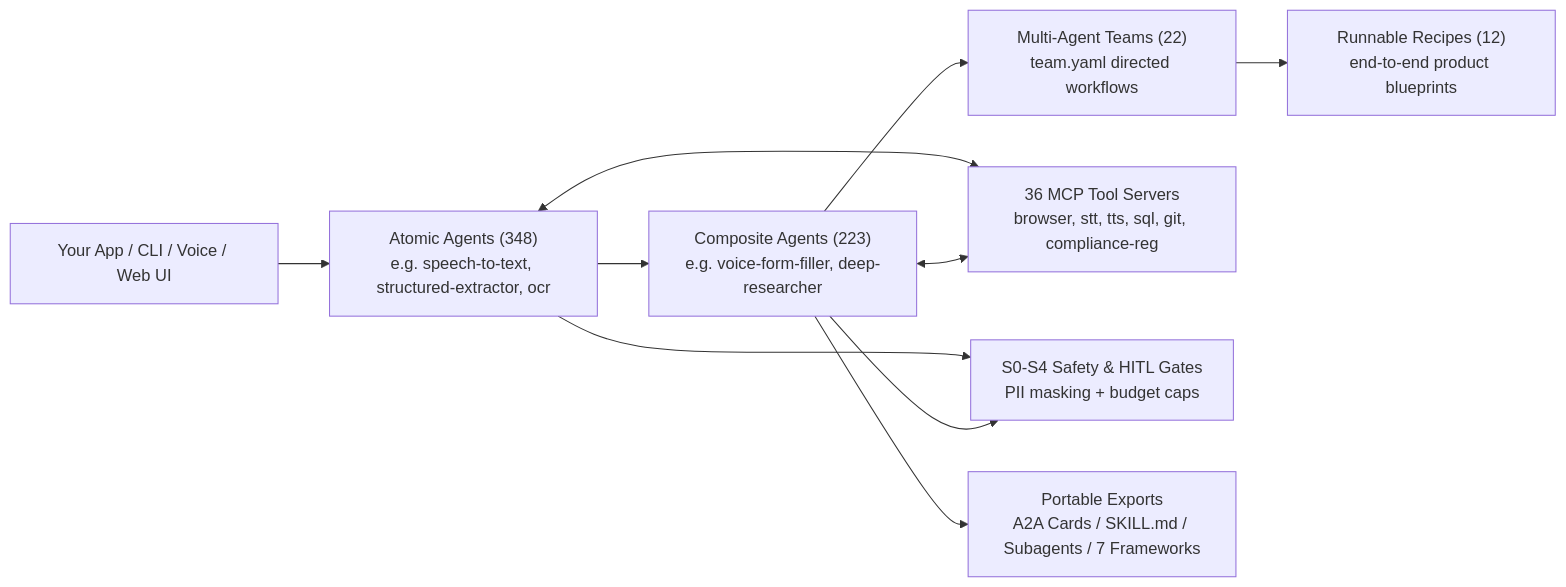
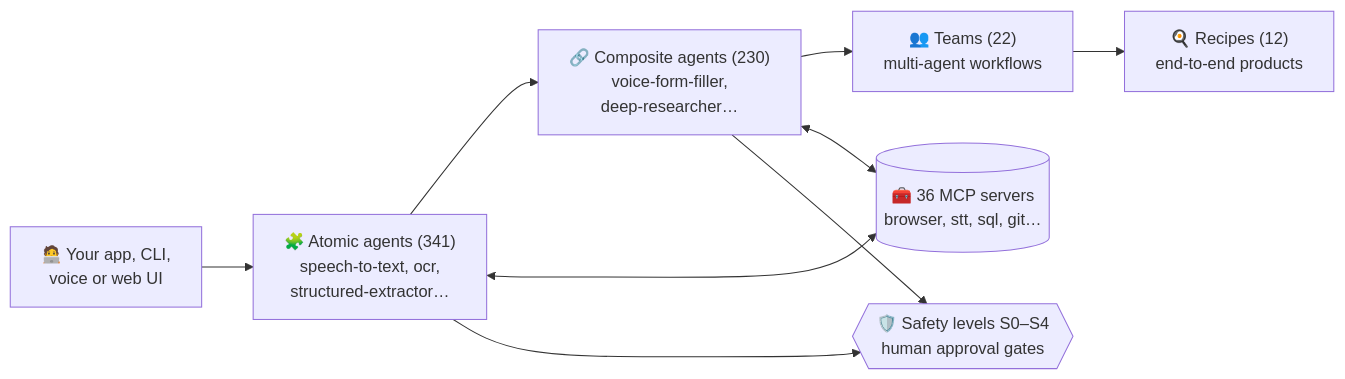
The diagram in README.md (rupeshbharambe24/agents-for-everything), drawn with Mermaid before and after one commit. The commit also changed other lines of this file and 6 other files, not shown here.

````diff
--- a/README.md
+++ b/README.md
@@ -25,10 +51,9 @@
 ```mermaid
 flowchart LR
-    U["Your App / CLI / Voice / Web UI"] --> A["Atomic Agents (348)<br/>e.g. speech-to-text, structured-extractor, ocr"]
-    A --> C["Composite Agents (223)<br/>e.g. voice-form-filler, deep-researcher"]
-    C --> T["Multi-Agent Teams (22)<br/>team.yaml directed workflows"]
-    T --> R["Runnable Recipes (12)<br/>end-to-end product blueprints"]
-    A & C <--> MCP["36 MCP Tool Servers<br/>browser, stt, tts, sql, git, compliance-reg"]
-    A & C --> G["S0-S4 Safety & HITL Gates<br/>PII masking + budget caps"]
-    C --> EXP["Portable Exports<br/>A2A Cards / SKILL.md / Subagents / 7 Frameworks"]
+    U["🧑‍💻 Your app, CLI,<br/>voice or web UI"] --> A["🧩 Atomic agents (341)<br/>speech-to-text, ocr,<br/>structured-extractor…"]
+    A --> C["🔗 Composite agents (230)<br/>voice-form-filler,<br/>deep-researcher…"]
+    C --> T["👥 Teams (22)<br/>multi-agent workflows"]
+    T --> R["🍳 Recipes (12)<br/>end-to-end products"]
+    A & C <--> M[("🧰 36 MCP servers<br/>browser, stt, sql, git…")]
+    A & C --> G{{"🛡️ Safety levels S0–S4<br/>human approval gates"}}
 ```
````
